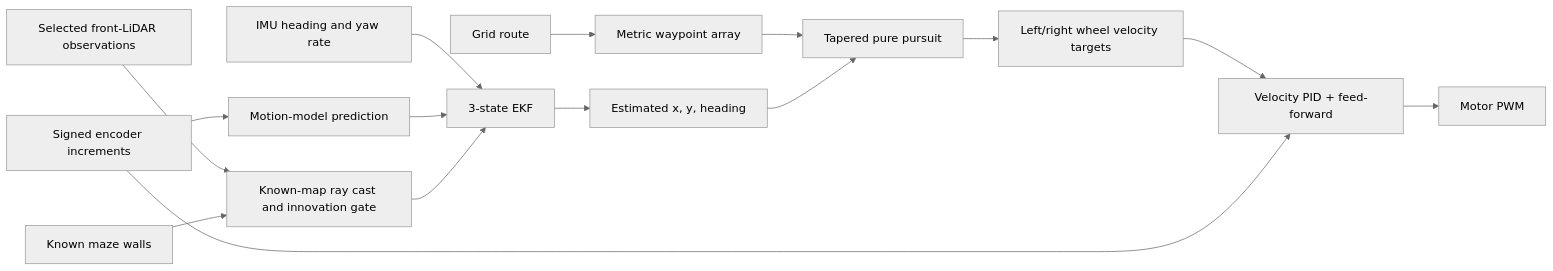
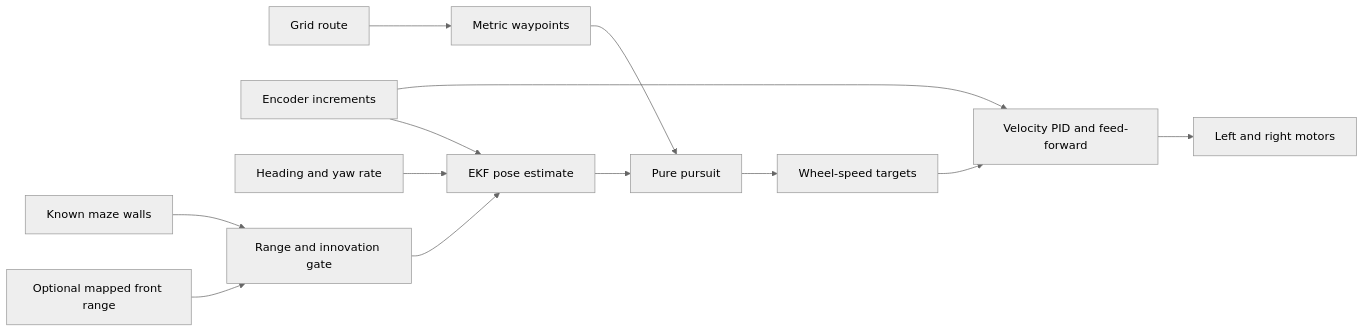
One commit to RandomRunt/UNSWMicromouseDemo changed the second of 2 diagrams in README.md. Above: the diagram before and after it, drawn with Mermaid (neutral theme). The commit also changed other lines of this file, not shown here.

````diff
--- a/README.md
+++ b/README.md
@@ -155,17 +199,14 @@
 ```mermaid
 flowchart LR
-    Route[Grid route] --> WP[Metric waypoint array]
-    Enc[Signed encoder increments] --> Predict[Motion-model prediction]
-    Gyro[IMU heading and yaw rate] --> EKF[3-state EKF]
-    Predict --> EKF
-    Front[Selected front-LiDAR observations] --> Gate[Known-map ray cast and innovation gate]
-    Map[Known maze walls] --> Gate
-    Gate --> EKF
-    EKF --> Pose[Estimated x, y, heading]
-    WP --> PP[Tapered pure pursuit]
-    Pose --> PP
-    PP --> Targets[Left/right wheel velocity targets]
-    Targets --> PID[Velocity PID + feed-forward]
+    Route[Grid route] --> WP[Metric waypoints]
+    Enc[Encoder increments] --> EKF[EKF pose estimate]
+    IMU[Heading and yaw rate] --> EKF
+    Lidar[Optional mapped front range] --> Gate[Range and innovation gate]
+    Map[Known maze walls] --> Gate --> EKF
+    WP --> Pursuit[Pure pursuit]
+    EKF --> Pursuit
+    Pursuit --> Targets[Wheel-speed targets]
+    Targets --> PID[Velocity PID and feed-forward]
     Enc --> PID
-    PID --> PWM[Motor PWM]
+    PID --> Motors[Left and right motors]
 ```
````
